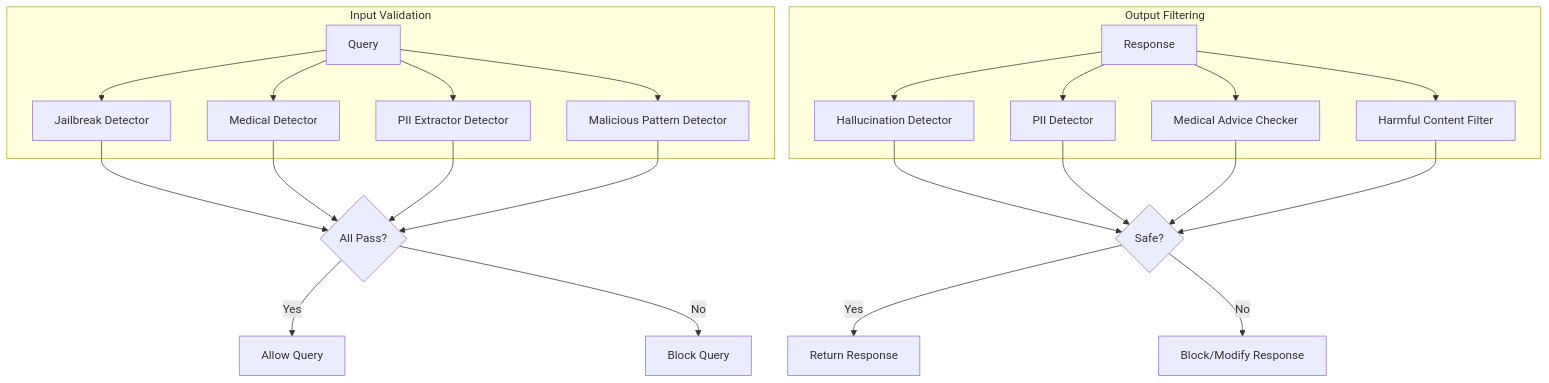
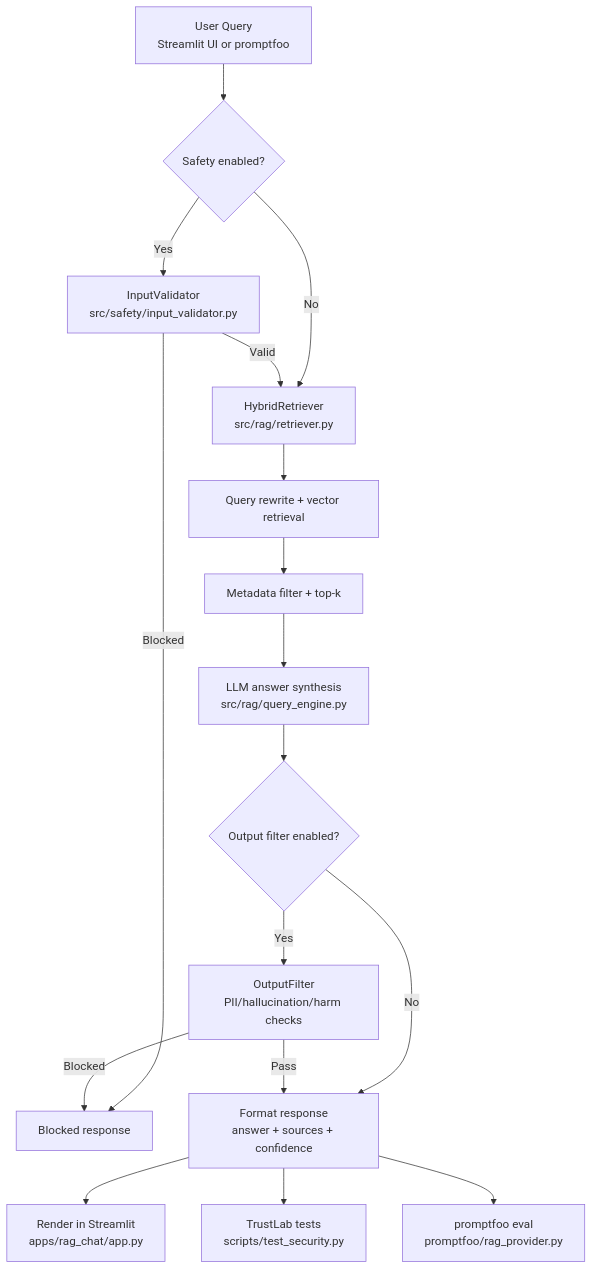
Before and after one commit to gowsiyabs/trust-bound-ai: the diagram in README.md, drawn with Mermaid. The commit also changed other lines of this file and 71 other files, not shown here.

Commit message:
Changes with rag system, safety, trustlab and promptfoo tests

````diff
--- a/README.md
+++ b/README.md
@@ -63,31 +182,22 @@
 ```mermaid
-graph TB
-    subgraph InputValidation [Input Validation]
-        IQ[Query] --> JP[Jailbreak Detector]
-        IQ --> MP[Medical Detector]
-        IQ --> PP[PII Extractor Detector]
-        IQ --> MP2[Malicious Pattern Detector]
-    end
-    
-    subgraph OutputFiltering [Output Filtering]
-        Resp[Response] --> HD[Hallucination Detector]
-        Resp --> PD[PII Detector]
-        Resp --> MC[Medical Advice Checker]
-        Resp --> HC[Harmful Content Filter]
-    end
-    
-    JP --> Decision{All Pass?}
-    MP --> Decision
-    PP --> Decision
-    MP2 --> Decision
-    
-    HD --> FinalCheck{Safe?}
-    PD --> FinalCheck
-    MC --> FinalCheck
-    HC --> FinalCheck
-    
-    Decision -->|Yes| Allow[Allow Query]
-    Decision -->|No| Block1[Block Query]
-    FinalCheck -->|Yes| Return[Return Response]
-    FinalCheck -->|No| Block2[Block/Modify Response]
+flowchart TD
+    A[User Query<br/>Streamlit UI or promptfoo] --> B{Safety enabled?}
+    B -->|Yes| C[InputValidator<br/>src/safety/input_validator.py]
+    B -->|No| D[HybridRetriever]
+    C -->|Valid| D[HybridRetriever<br/>src/rag/retriever.py]
+    C -->|Blocked| X[Blocked response]
+
+    D --> E[Query rewrite + vector retrieval]
+    E --> F[Metadata filter + top-k]
+    F --> G[LLM answer synthesis<br/>src/rag/query_engine.py]
+
+    G --> H{Output filter enabled?}
+    H -->|Yes| I[OutputFilter<br/>PII/hallucination/harm checks]
+    H -->|No| J[Format response]
+    I -->|Blocked| X
+    I -->|Pass| J[Format response<br/>answer + sources + confidence]
+
+    J --> K[Render in Streamlit<br/>apps/rag_chat/app.py]
+    J --> L[TrustLab tests<br/>scripts/test_security.py]
+    J --> M[promptfoo eval<br/>promptfoo/rag_provider.py]
 ```
````
